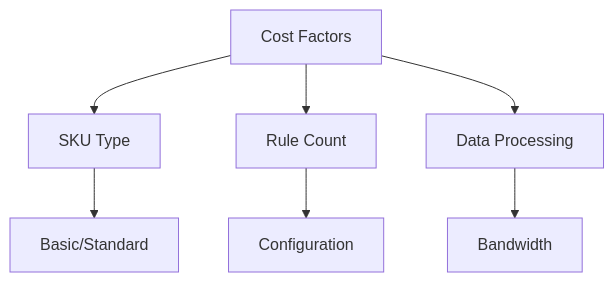
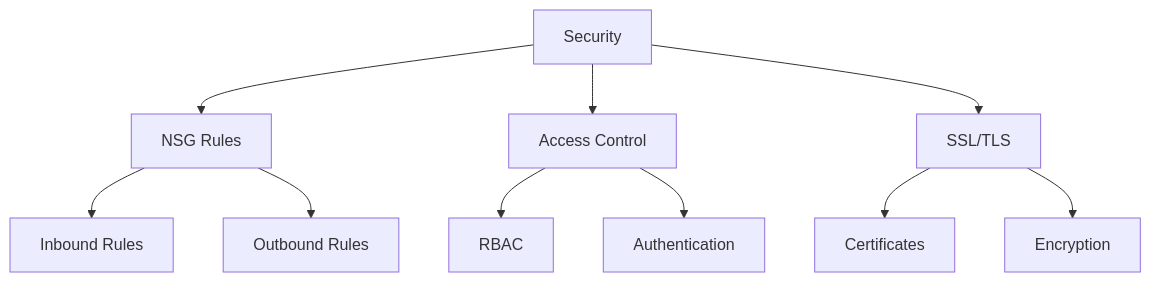
Before and after one commit to saravanakumarrc/Architecture_Journey: diagram 15 of 18 in src/azure/az-104/Load_Balancing.md, drawn with Mermaid. The commit also changed other lines of this file and 6 other files, not shown here.

````diff
--- a/src/azure/az-104/Load_Balancing.md
+++ b/src/azure/az-104/Load_Balancing.md
@@ -222,10 +247,15 @@
 ```mermaid
 graph TB
-    A[Cost Factors] --> B[SKU Type]
-    A --> C[Rule Count]
-    A --> D[Data Processing]
+    A[Security] --> B[NSG Rules]
+    A --> C[Access Control]
+    A --> D[SSL/TLS]
     
-    B --> E[Basic/Standard]
-    C --> F[Configuration]
-    D --> G[Bandwidth]
+    B --> E[Inbound Rules]
+    B --> F[Outbound Rules]
+    
+    C --> G[RBAC]
+    C --> H[Authentication]
+    
+    D --> I[Certificates]
+    D --> J[Encryption]
 ```
````
